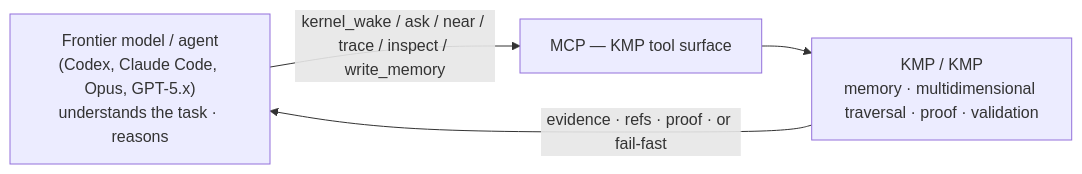
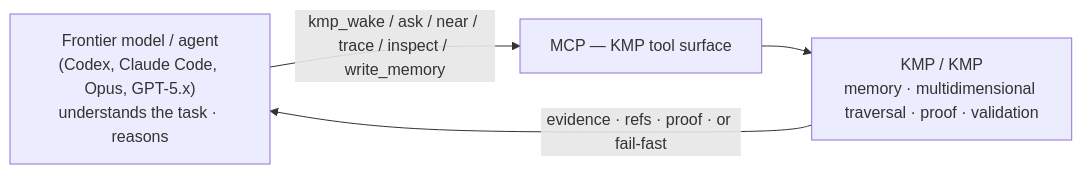
Before and after one commit to underpass-ai/kmp: the first of 2 diagrams in docs/operator.md, drawn with Mermaid. The commit also changed other lines of this file and 125 other files, not shown here.

Commit message:
Rename the MCP surface to KMP

````diff
--- a/docs/operator.md
+++ b/docs/operator.md
@@ -72,9 +72,9 @@
 ```mermaid
 graph LR
     A["Frontier model / agent<br/>(Codex, Claude Code, Opus, GPT-5.x)<br/>understands the task · reasons"]
     MCP["MCP — KMP tool surface"]
     K["KMP / KMP<br/>memory · multidimensional traversal · proof · validation"]
-    A -->|"kernel_wake / ask / near / trace / inspect / write_memory"| MCP
+    A -->|"kmp_wake / ask / near / trace / inspect / write_memory"| MCP
     MCP --> K
     K -->|"evidence · refs · proof · or fail-fast"| A
 ```
````
